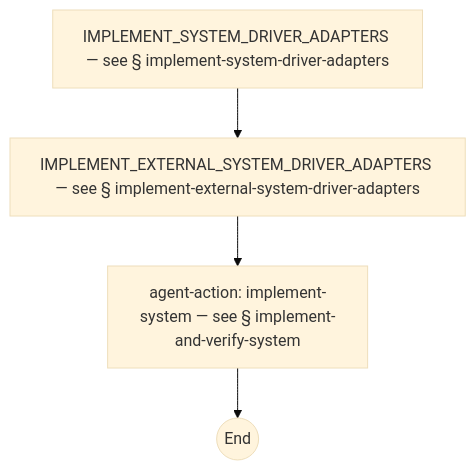
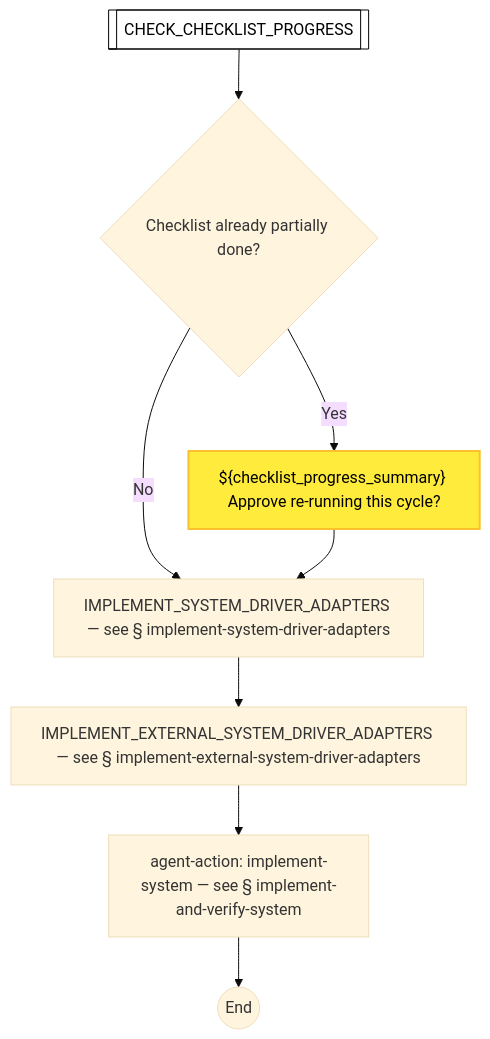
The tenth of 50 diagrams in docs/process-diagram.md (optivem/gh-optivem), drawn with Mermaid (base theme) before and after one commit. The commit also changed other lines of this file and 14 other files, not shown here.

First line of the commit message:
atdd/runtime: wire ticket-body parser to runtime + already-[x] approval gate

````diff
--- a/docs/process-diagram.md
+++ b/docs/process-diagram.md
@@ -193,11 +205,24 @@
 ```mermaid
 flowchart TD
+    CHECK_CHECKLIST_PROGRESS[[CHECK_CHECKLIST_PROGRESS]]
+    GATE_CHECKLIST_PARTIALLY_DONE{Checklist already partially done?}
     IMPLEMENT_AND_VERIFY_SYSTEM[agent-action: implement-system — see § implement-and-verify-system]
     IMPLEMENT_EXTERNAL_SYSTEM_DRIVER_ADAPTERS[IMPLEMENT_EXTERNAL_SYSTEM_DRIVER_ADAPTERS — see § implement-external-system-driver-adapters]
     IMPLEMENT_SYSTEM_DRIVER_ADAPTERS[IMPLEMENT_SYSTEM_DRIVER_ADAPTERS — see § implement-system-driver-adapters]
     REDESIGN_END((End))
+    STOP_CHECKLIST_PARTIALLY_DONE["${checklist_progress_summary} Approve re-running this cycle?"]
 
+    CHECK_CHECKLIST_PROGRESS --> GATE_CHECKLIST_PARTIALLY_DONE
+    GATE_CHECKLIST_PARTIALLY_DONE -- Yes --> STOP_CHECKLIST_PARTIALLY_DONE
+    GATE_CHECKLIST_PARTIALLY_DONE -- No --> IMPLEMENT_SYSTEM_DRIVER_ADAPTERS
+    STOP_CHECKLIST_PARTIALLY_DONE --> IMPLEMENT_SYSTEM_DRIVER_ADAPTERS
     IMPLEMENT_SYSTEM_DRIVER_ADAPTERS --> IMPLEMENT_EXTERNAL_SYSTEM_DRIVER_ADAPTERS
     IMPLEMENT_EXTERNAL_SYSTEM_DRIVER_ADAPTERS --> IMPLEMENT_AND_VERIFY_SYSTEM
     IMPLEMENT_AND_VERIFY_SYSTEM --> REDESIGN_END
+
+    classDef serviceNode fill:#ffffff,stroke:#000000,stroke-width:1px,color:#000000
+    class CHECK_CHECKLIST_PROGRESS serviceNode
+
+    classDef humanNode fill:#ffeb3b,stroke:#fbc02d,stroke-width:2px,color:#000000
+    class STOP_CHECKLIST_PARTIALLY_DONE humanNode
 ```
````
